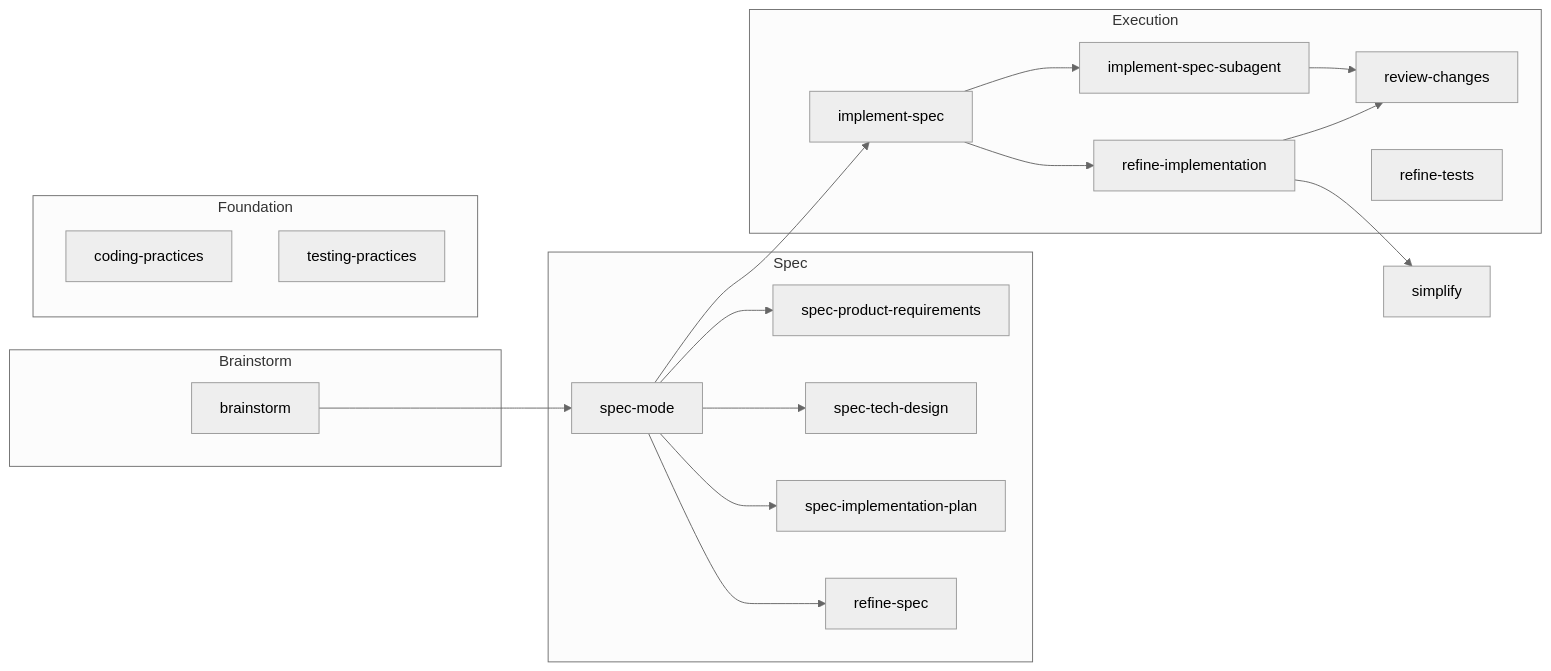
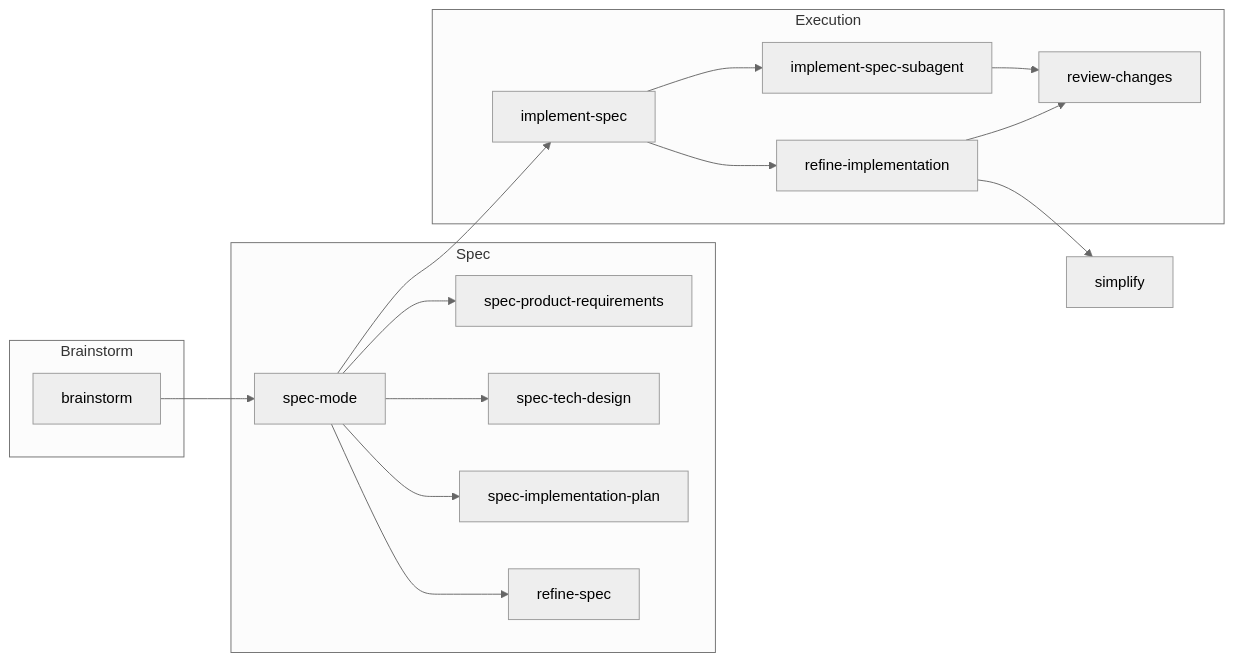
The diagram in docs/skills.md (rstacruz/agentic-toolkit), drawn with Mermaid (neutral theme) before and after one commit. The commit also changed other lines of this file and 3 other files, not shown here.

````diff
--- a/docs/skills.md
+++ b/docs/skills.md
@@ -5,36 +5,31 @@
 ```mermaid
 graph LR
   brainstorm --> specmode["spec-mode"]
   specmode --> specprod["spec-product-requirements"]
   specmode --> spectech["spec-tech-design"]
   specmode --> specimpl["spec-implementation-plan"]
   specmode --> refinespec["refine-spec"]
   specmode --> implspec["implement-spec"]
   implspec --> implsubagent["implement-spec-subagent"]
   implspec --> refineimpl
   implsubagent --> reviewchanges["review-changes"]
   refineimpl["refine-implementation"] --> reviewchanges
   refineimpl --> simplify["simplify"]
 
   subgraph Brainstorm
     brainstorm
   end
   subgraph Spec
     specmode
     specprod
     spectech
     specimpl
     refinespec
   end
   subgraph Execution
     implspec
     implsubagent
     refineimpl
     reviewchanges
-    refinetests["refine-tests"]
-  end
-  subgraph Foundation
-    codingpractices["coding-practices"]
-    testingpractices["testing-practices"]
   end
 ```
````
